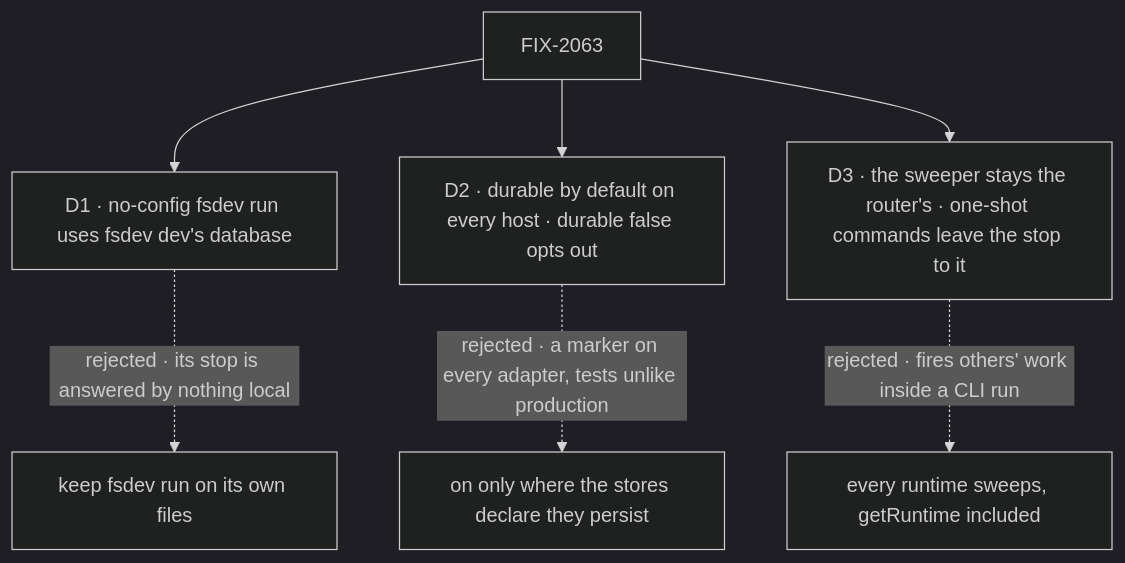
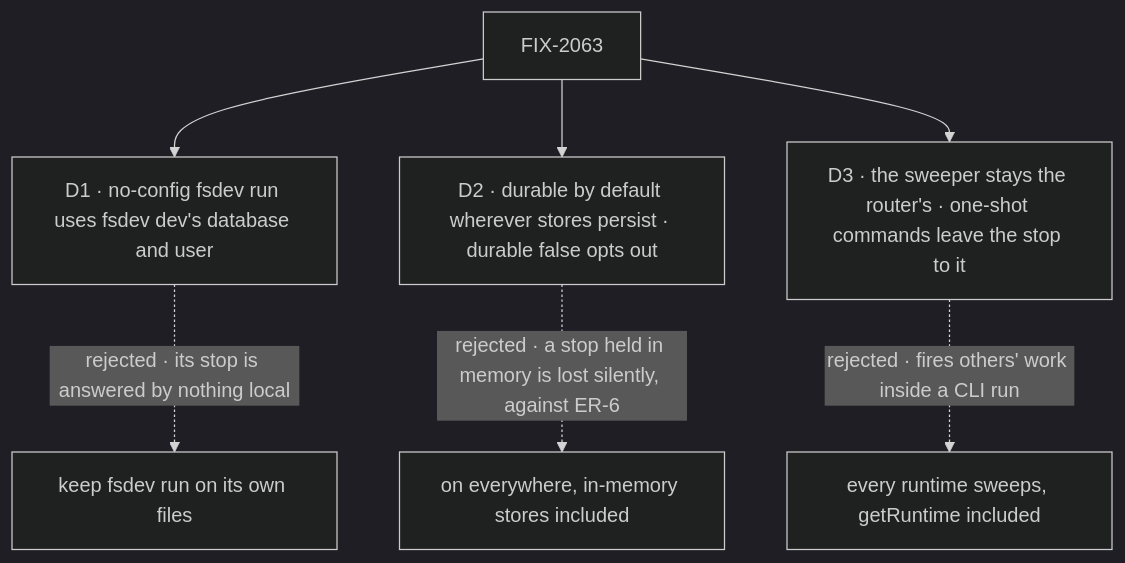
Before and after one commit to fixpoint-labs/flow-state-dev: the diagram in specs/issues/FIX-2063/DECISIONS.md, drawn with Mermaid (dark theme). The commit also changed other lines of this file and 4 other files, not shown here.

````diff
--- a/specs/issues/FIX-2063/DECISIONS.md
+++ b/specs/issues/FIX-2063/DECISIONS.md
@@ -9,9 +9,9 @@
 ```mermaid
 flowchart TD
-  I["FIX-2063"] --> D1["D1 · no-config fsdev run uses fsdev dev's database"]
+  I["FIX-2063"] --> D1["D1 · no-config fsdev run uses fsdev dev's database and user"]
   D1 -.->|"rejected · its stop is answered by nothing local"| X1["keep fsdev run on its own files"]
-  I --> D2["D2 · durable by default on every host · durable false opts out"]
-  D2 -.->|"rejected · a marker on every adapter, tests unlike production"| X2["on only where the stores declare they persist"]
+  I --> D2["D2 · durable by default wherever stores persist · durable false opts out"]
+  D2 -.->|"rejected · a stop held in memory is lost silently, against ER-6"| X2["on everywhere, in-memory stores included"]
   I --> D3["D3 · the sweeper stays the router's · one-shot commands leave the stop to it"]
   D3 -.->|"rejected · fires others' work inside a CLI run"| X3["every runtime sweeps, getRuntime included"]
 ```
````
